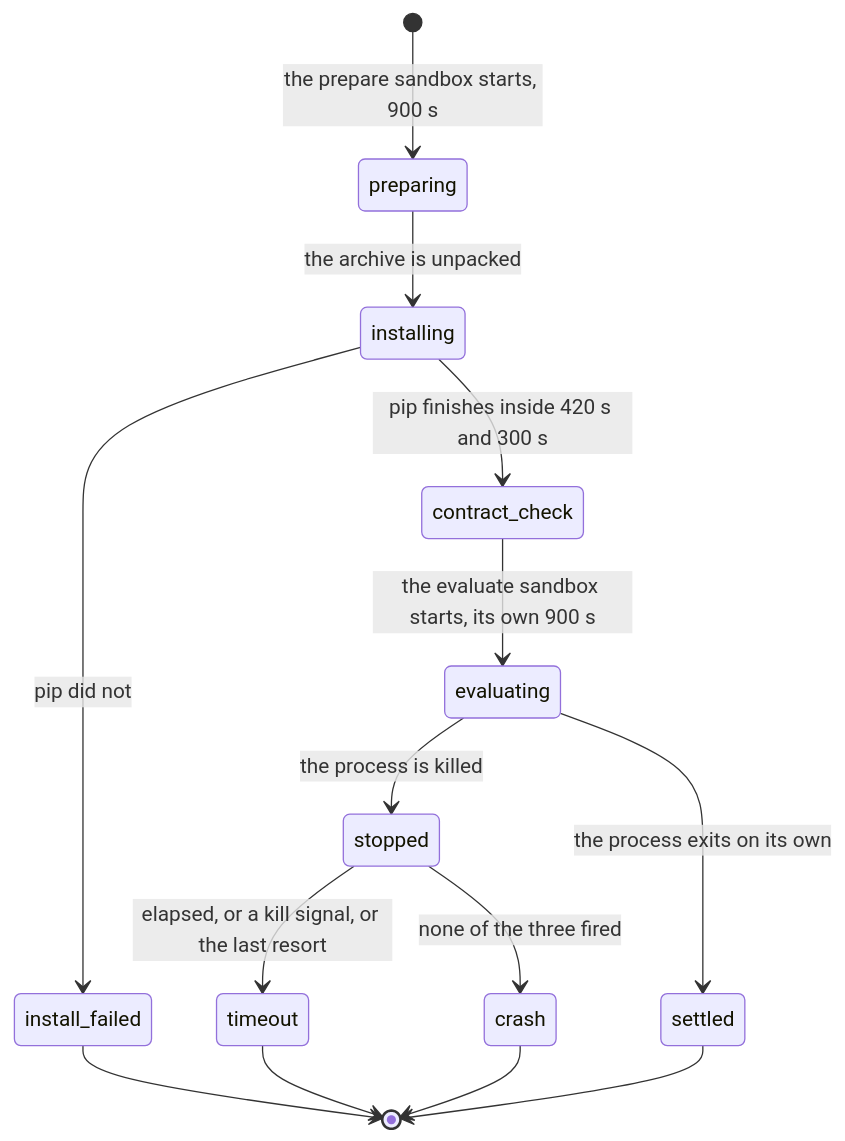
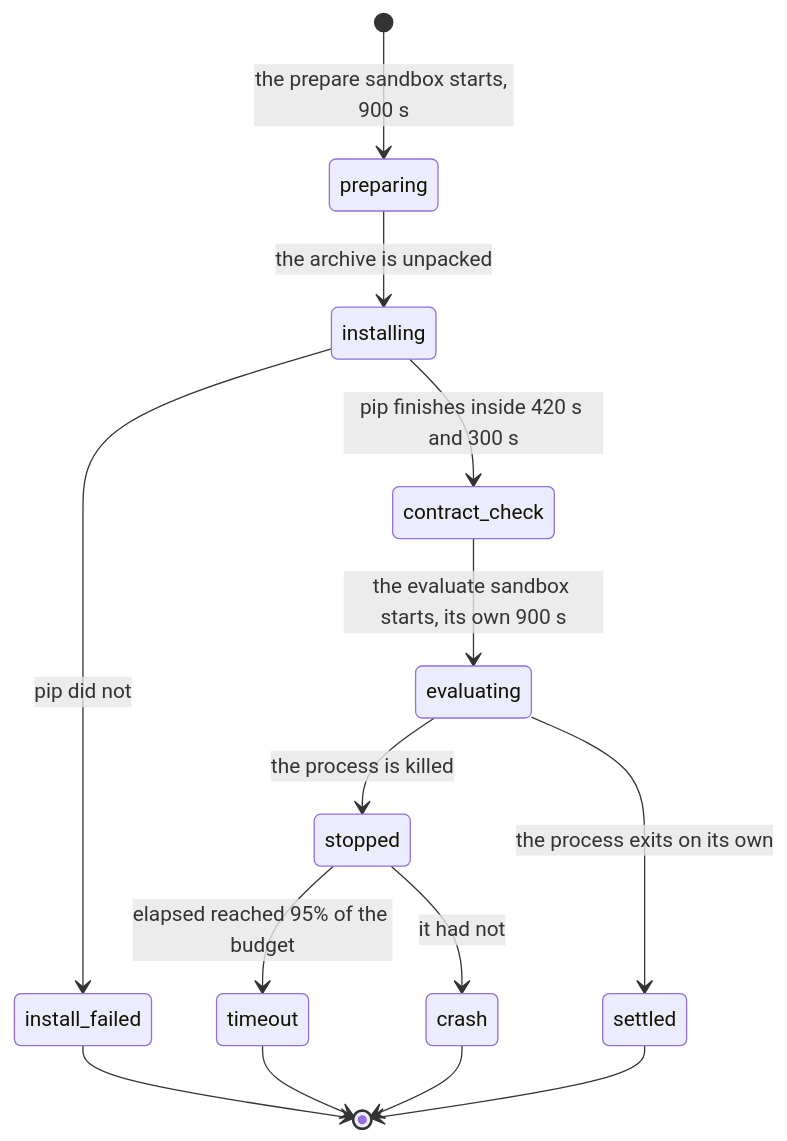
Before and after one commit to SamGu-NRX/CogPortal: the diagram in docs/product-description/sandbox/timeouts-and-limits.md, drawn with Mermaid. The commit also changed other lines of this file and 5 other files, not shown here.

````diff
--- a/docs/product-description/sandbox/timeouts-and-limits.md
+++ b/docs/product-description/sandbox/timeouts-and-limits.md
@@ -55,16 +55,16 @@
 ```mermaid
 stateDiagram-v2
     [*] --> preparing : the prepare sandbox starts, 900 s
     preparing --> installing : the archive is unpacked
     installing --> contract_check : pip finishes inside 420 s and 300 s
     installing --> install_failed : pip did not
     contract_check --> evaluating : the evaluate sandbox starts, its own 900 s
     evaluating --> settled : the process exits on its own
     evaluating --> stopped : the process is killed
-    stopped --> timeout : elapsed, or a kill signal, or the last resort
-    stopped --> crash : none of the three fired
+    stopped --> timeout : elapsed reached 95% of the budget
+    stopped --> crash : it had not
     install_failed --> [*]
     timeout --> [*]
     crash --> [*]
     settled --> [*]
 ```
````
